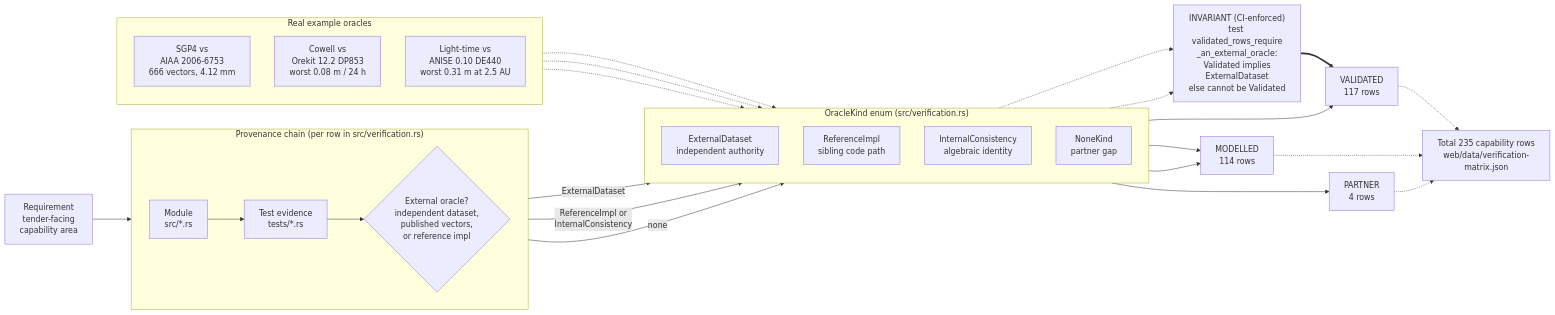
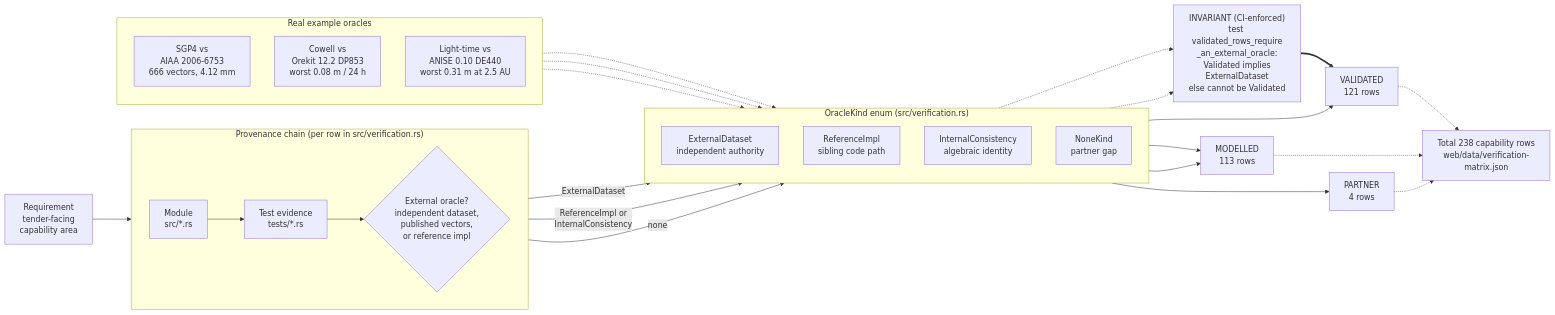
Before and after one commit to ashfordeOU/kshana: the diagram in docs/diagrams/validation-provenance.mmd, drawn with Mermaid. The commit also changed 35 other files, not shown here.

```diff
--- a/docs/diagrams/validation-provenance.mmd
+++ b/docs/diagrams/validation-provenance.mmd
@@ -1,49 +1,49 @@
 flowchart LR
     REQ["Requirement<br/>tender-facing<br/>capability area"]
 
     subgraph CHAIN["Provenance chain (per row in src/verification.rs)"]
         direction LR
         MOD["Module<br/>src/*.rs"]
         TST["Test evidence<br/>tests/*.rs"]
         ORA{"External oracle?<br/>independent dataset,<br/>published vectors,<br/>or reference impl"}
     end
 
     REQ --> MOD --> TST --> ORA
 
     subgraph KINDS["OracleKind enum (src/verification.rs)"]
         direction TD
         EXT["ExternalDataset<br/>independent authority"]
         REF["ReferenceImpl<br/>sibling code path"]
         INT["InternalConsistency<br/>algebraic identity"]
         NON["NoneKind<br/>partner gap"]
     end
 
     ORA -->|ExternalDataset| EXT
     ORA -->|"ReferenceImpl or<br/>InternalConsistency"| INT
     ORA -->|none| NON
 
     GUARD["INVARIANT (CI-enforced)<br/>test validated_rows_require<br/>_an_external_oracle:<br/>Validated implies<br/>ExternalDataset<br/>else cannot be Validated"]
     EXT -.-> GUARD
     INT -.-> GUARD
 
-    EXT --> VAL["VALIDATED<br/>117 rows"]
-    REF --> MDL["MODELLED<br/>114 rows"]
+    EXT --> VAL["VALIDATED<br/>121 rows"]
+    REF --> MDL["MODELLED<br/>113 rows"]
     INT --> MDL
     NON --> PRT["PARTNER<br/>4 rows"]
     GUARD ==> VAL
 
     subgraph EX["Real example oracles"]
         direction TD
         E1["SGP4 vs<br/>AIAA 2006-6753<br/>666 vectors, 4.12 mm"]
         E2["Cowell vs<br/>Orekit 12.2 DP853<br/>worst 0.08 m / 24 h"]
         E3["Light-time vs<br/>ANISE 0.10 DE440<br/>worst 0.31 m at 2.5 AU"]
     end
 
     E1 -.-> EXT
     E2 -.-> EXT
     E3 -.-> EXT
 
-    TOTAL["Total 235 capability rows<br/>web/data/verification-matrix.json"]
+    TOTAL["Total 238 capability rows<br/>web/data/verification-matrix.json"]
     VAL -.-> TOTAL
     MDL -.-> TOTAL
     PRT -.-> TOTAL
```
